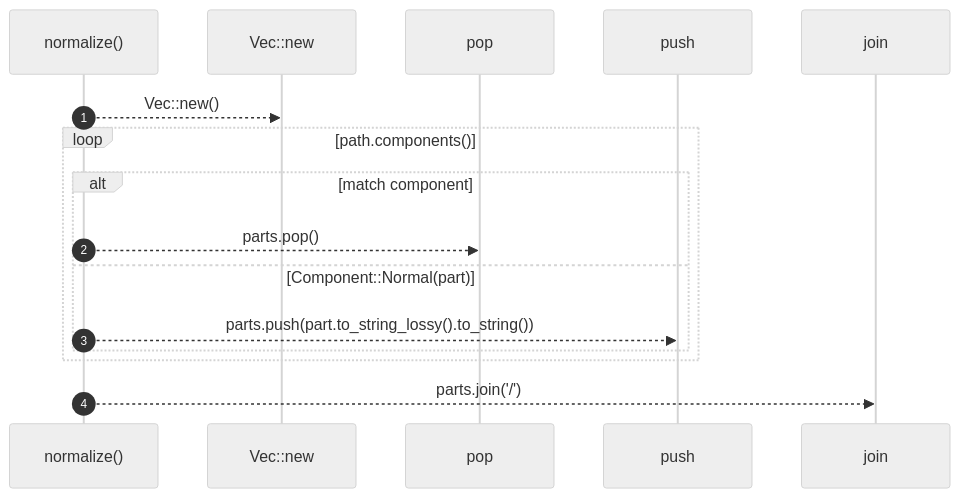
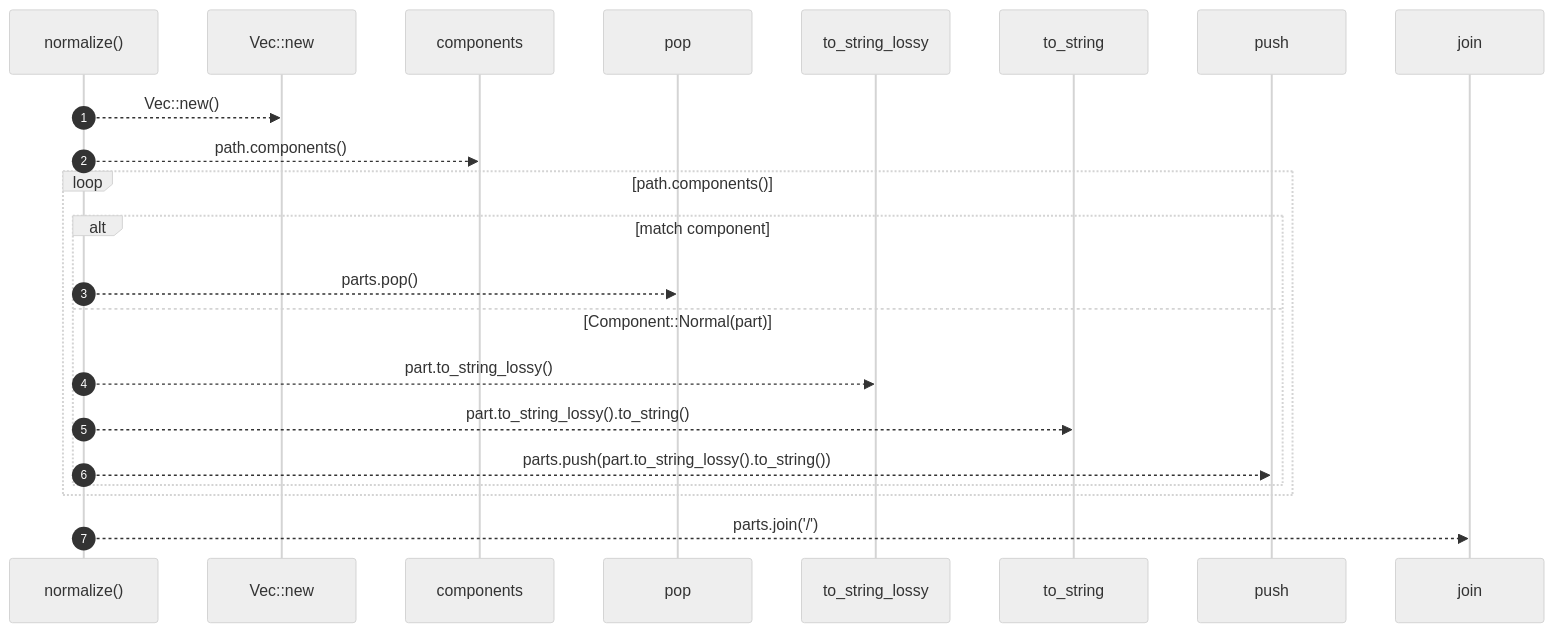
One commit to RyanGuild/self-describing-code changed the diagram in docs/self-model/robby_render/test_tree/normalize.md. Above: the diagram before and after it, drawn with Mermaid (neutral theme). The commit also changed other lines of this file and 1404 other files, not shown here.

````diff
--- a/docs/self-model/robby_render/test_tree/normalize.md
+++ b/docs/self-model/robby_render/test_tree/normalize.md
@@ -29,18 +29,24 @@
 ```mermaid
 sequenceDiagram
     autonumber
     participant normalize as normalize()
     participant Vec__new as Vec::new
+    participant components as components
     participant pop as pop
+    participant to_string_lossy as to_string_lossy
+    participant to_string as to_string
     participant push as push
     participant join as join
     normalize-->>Vec__new: Vec::new()
+    normalize-->>components: path.components()
     loop path.components()
     alt match component
     normalize-->>pop: parts.pop()
     else Component::Normal(part)
+    normalize-->>to_string_lossy: part.to_string_lossy()
+    normalize-->>to_string: part.to_string_lossy().to_string()
     normalize-->>push: parts.push(part.to_string_lossy().to_string())
     end
     end
     normalize-->>join: parts.join('/')
 ```
````
